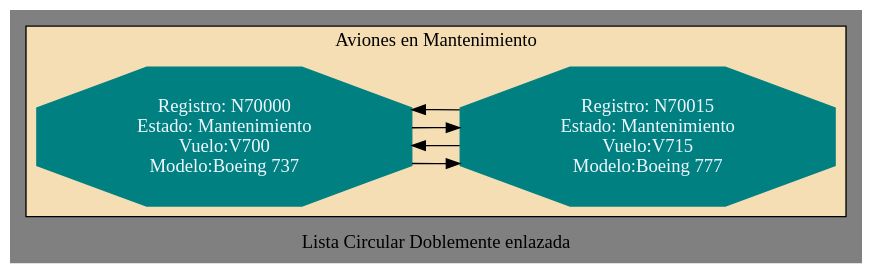
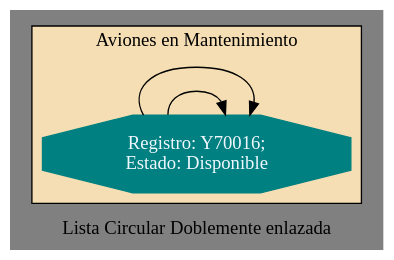
One commit to Edwinhndz/201807124_EDD_Proyecto changed the diagram in grafica_AvionesM.dot. Above: the diagram before and after it, drawn with Graphviz. The commit also changed 19 other files, not shown here.

```diff
--- a/grafica_AvionesM.dot
+++ b/grafica_AvionesM.dot
@@ -1,22 +1,16 @@
 digraph G { 
 rankdir = LR;
 label="Lista Circular Doblemente enlazada";bgcolor=grey 
 subgraph cluster_top_floor{
 bgcolor=wheat; 
 label="Aviones en Mantenimiento";
-nodo0[ shape=octagon, fontcolor=aliceblue , style=filled,color=teal, label="Registro: N70000
-Estado: Mantenimiento
-Vuelo:V700
-Modelo:Boeing 737"]
-nodo1[ shape=octagon, fontcolor=aliceblue , style=filled,color=teal, label="Registro: N70015
-Estado: Mantenimiento
-Vuelo:V715
-Modelo:Boeing 777"]
-nodo0 -> nodo1;
-nodo1
-nodo1 -> nodo0;
-nodo0 -> nodo1;
-nodo1 -> nodo0;
+nodo0[ shape=octagon, fontcolor=aliceblue , style=filled,color=teal, label="Registro: Y70016;
+Estado: Disponible"]
+nodo0;
+nodo0
+nodo0;
+nodo0 -> nodo0;
+nodo0 -> nodo0;
 
 }
 }
```
